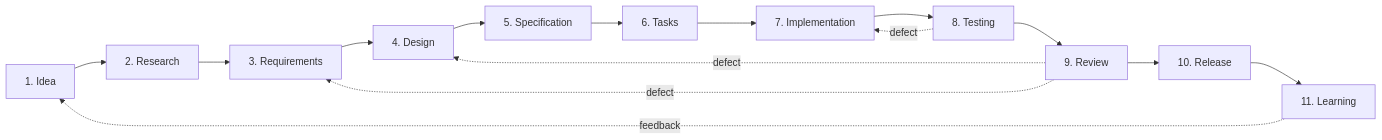
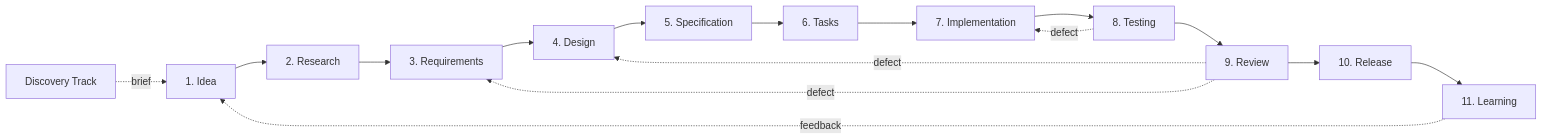
The diagram in docs/spec-kit.md (Luis85/agentic-workflow), drawn with Mermaid before and after one commit. The commit also changed other lines of this file and 36 other files, not shown here.

````diff
--- a/docs/spec-kit.md
+++ b/docs/spec-kit.md
@@ -41,17 +41,18 @@
 ```mermaid
 flowchart LR
-    A[1. Idea] --> B[2. Research]
+    Z[Discovery Track] -.brief.-> A[1. Idea]
+    A --> B[2. Research]
     B --> C[3. Requirements]
     C --> D[4. Design]
     D --> E[5. Specification]
     E --> F[6. Tasks]
     F --> G[7. Implementation]
     G --> H[8. Testing]
     H --> I[9. Review]
     I --> J[10. Release]
     J --> K[11. Learning]
     K -.feedback.-> A
     I -.defect.-> C
     I -.defect.-> D
     H -.defect.-> G
 ```
````
